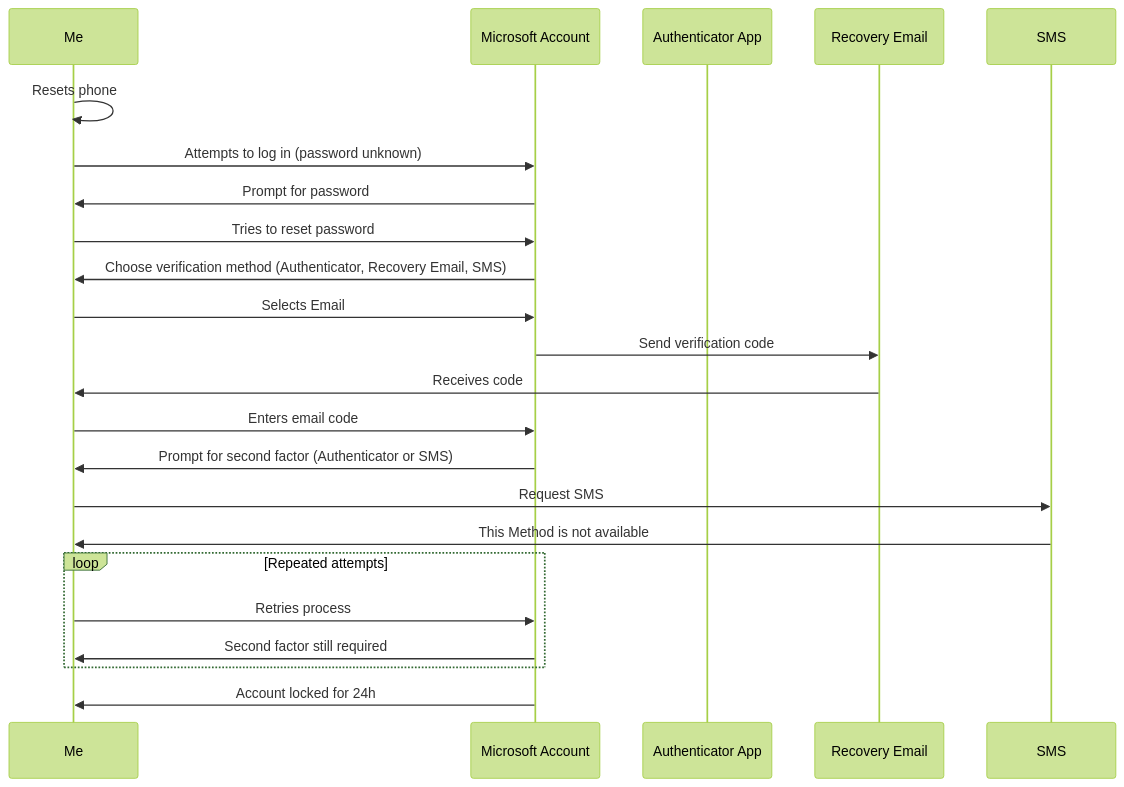
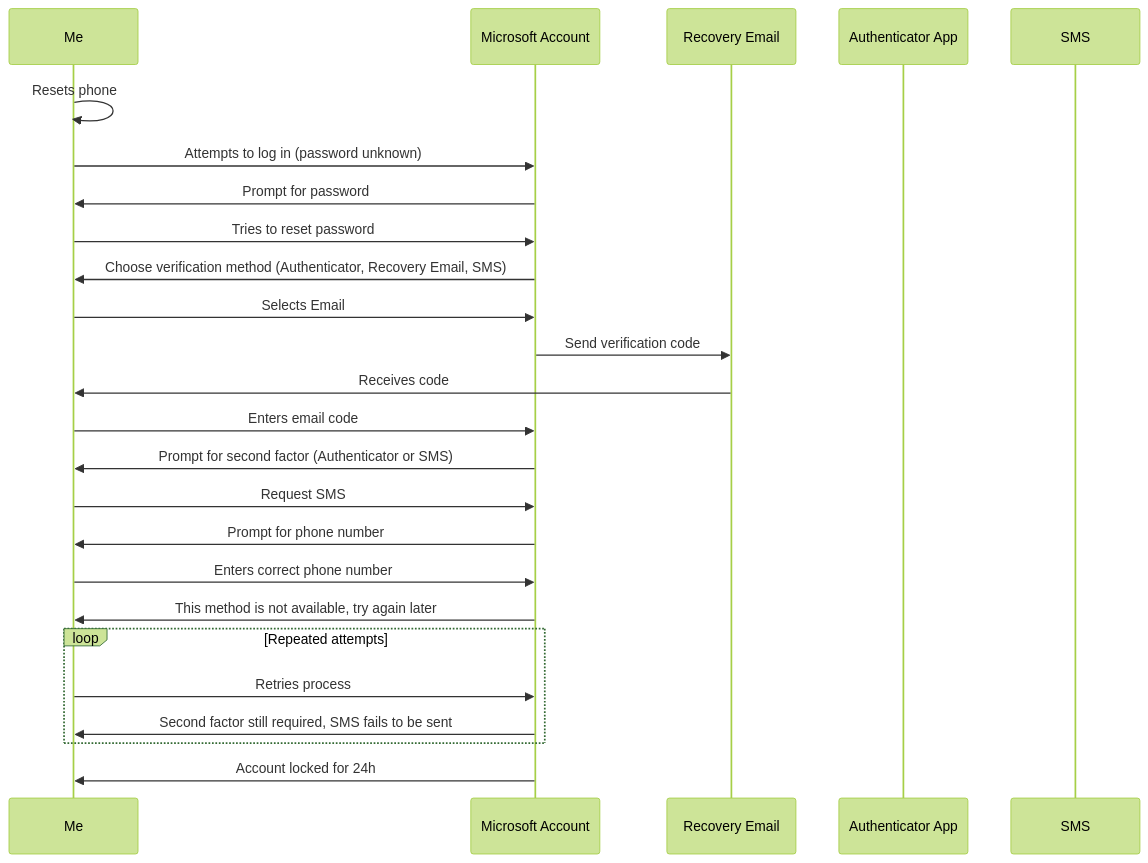
The diagram in content/posts/email-lockout/index.en.md (himazawa/himazawa.github.io), drawn with Mermaid (forest theme) before and after one commit.

Commit message:
blog: fixed mermaid scheme

````diff
--- a/content/posts/email-lockout/index.en.md
+++ b/content/posts/email-lockout/index.en.md
@@ -55,26 +55,28 @@
 ```mermaid
 sequenceDiagram
     participant Me  
     participant Microsoft Account
+    participant Recovery Email
     participant Authenticator App
-    participant Recovery Email
     participant SMS
 
     Me->>Me: Resets phone
     Me->>Microsoft Account: Attempts to log in (password unknown)
     Microsoft Account->>Me: Prompt for password
     Me->>Microsoft Account: Tries to reset password
     Microsoft Account->>Me: Choose verification method (Authenticator, Recovery Email, SMS)
     Me->>Microsoft Account: Selects Email
     Microsoft Account->>Recovery Email: Send verification code
     Recovery Email->>Me: Receives code
     Me->>Microsoft Account: Enters email code
     Microsoft Account->>Me: Prompt for second factor (Authenticator or SMS)
-    Me->>SMS: Request SMS
-    SMS->> Me:This Method is not available
+    Me->>Microsoft Account: Request SMS
+    Microsoft Account->> Me: Prompt for phone number
+    Me->>Microsoft Account: Enters correct phone number
+    Microsoft Account->> Me: This method is not available, try again later
     loop Repeated attempts
         Me->>Microsoft Account: Retries process
-        Microsoft Account->>Me: Second factor still required
+        Microsoft Account->>Me: Second factor still required, SMS fails to be sent
     end
     Microsoft Account->>Me: Account locked for 24h
 ```
````
